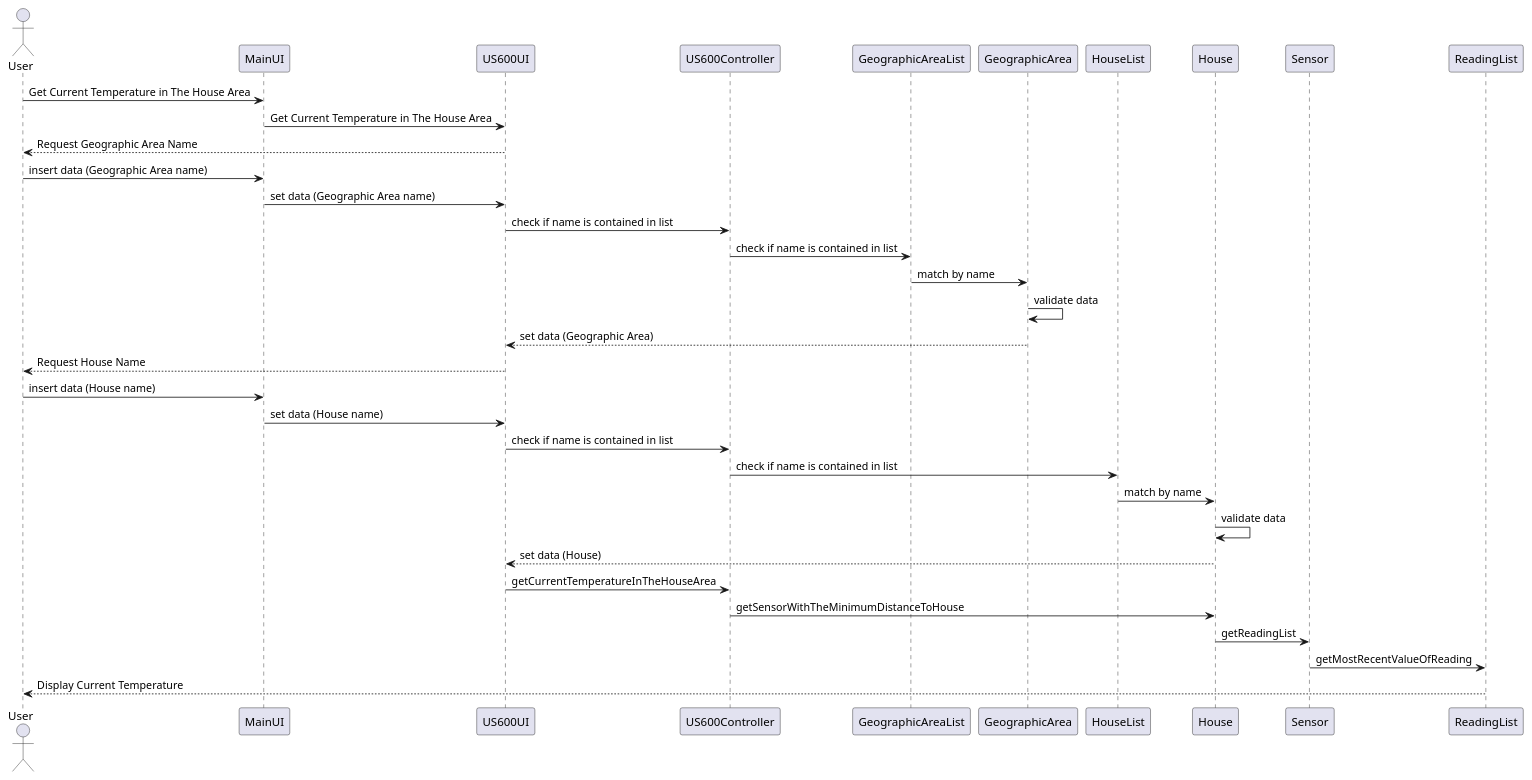
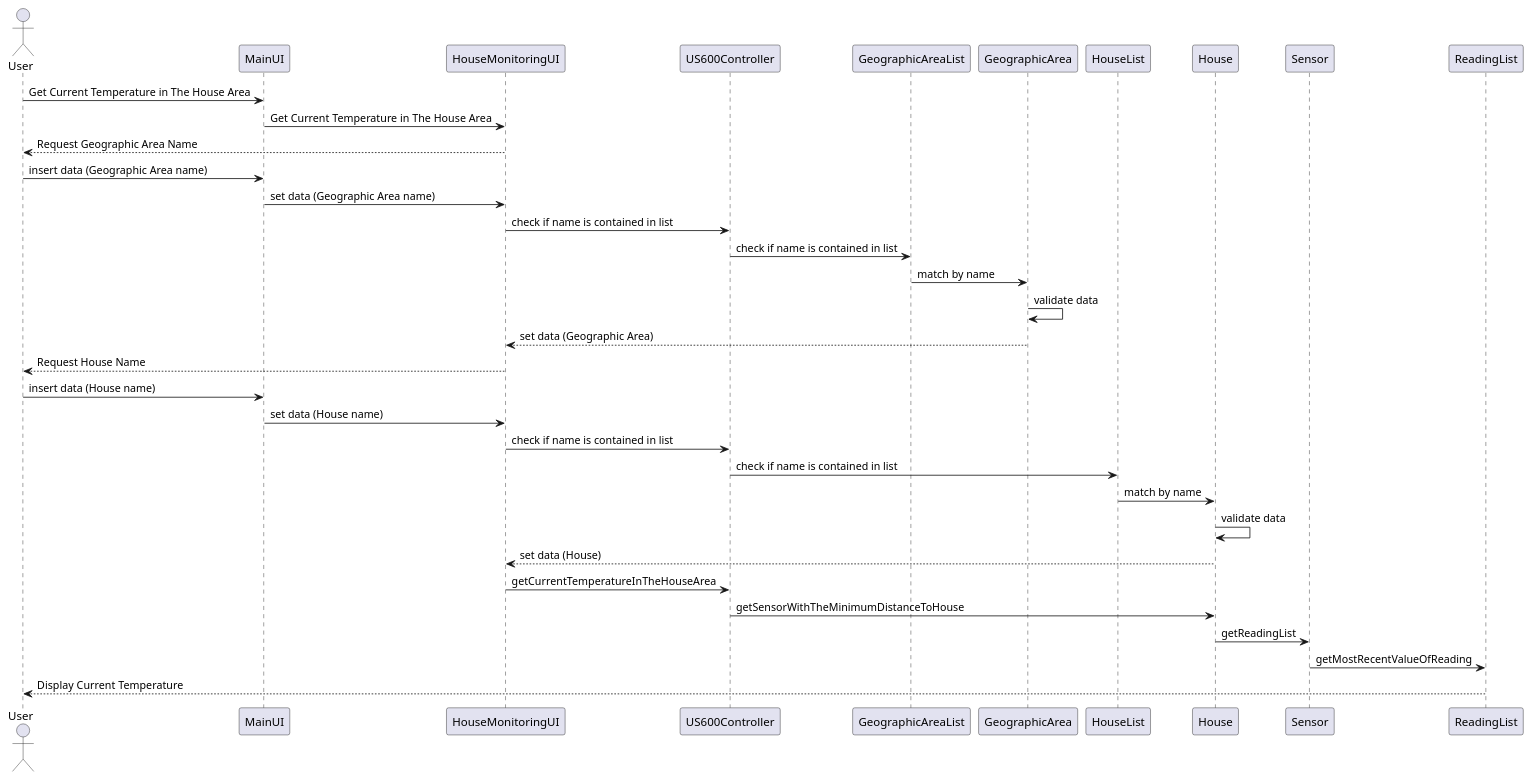
One commit to Almadanmp/project changed the diagram in src/main/java/pt/ipp/isep/dei/project/controller/US600.puml. Above: the diagram before and after it, drawn with PlantUML. The commit also changed 2 other files, not shown here.

Commit message:
#26 - UML sequence

```diff
--- a/src/main/java/pt/ipp/isep/dei/project/controller/US600.puml
+++ b/src/main/java/pt/ipp/isep/dei/project/controller/US600.puml
@@ -1,26 +1,26 @@
 @startuml
 actor User
 User -> MainUI: Get Current Temperature in The House Area
-MainUI -> US600UI: Get Current Temperature in The House Area
-US600UI --> User: Request Geographic Area Name
+MainUI -> HouseMonitoringUI: Get Current Temperature in The House Area
+HouseMonitoringUI --> User: Request Geographic Area Name
 User -> MainUI: insert data (Geographic Area name)
-MainUI -> US600UI: set data (Geographic Area name)
-US600UI -> US600Controller: check if name is contained in list
+MainUI -> HouseMonitoringUI: set data (Geographic Area name)
+HouseMonitoringUI -> US600Controller: check if name is contained in list
 US600Controller -> GeographicAreaList: check if name is contained in list
 GeographicAreaList -> GeographicArea: match by name
 GeographicArea -> GeographicArea: validate data
-GeographicArea --> US600UI: set data (Geographic Area)
-US600UI --> User: Request House Name
+GeographicArea --> HouseMonitoringUI: set data (Geographic Area)
+HouseMonitoringUI --> User: Request House Name
 User -> MainUI: insert data (House name)
-MainUI -> US600UI: set data (House name)
-US600UI -> US600Controller: check if name is contained in list
+MainUI -> HouseMonitoringUI: set data (House name)
+HouseMonitoringUI -> US600Controller: check if name is contained in list
 US600Controller -> HouseList: check if name is contained in list
 HouseList -> House: match by name
 House -> House: validate data
-House --> US600UI: set data (House)
-US600UI -> US600Controller: getCurrentTemperatureInTheHouseArea
+House --> HouseMonitoringUI: set data (House)
+HouseMonitoringUI -> US600Controller: getCurrentTemperatureInTheHouseArea
 US600Controller->House: getSensorWithTheMinimumDistanceToHouse
 House->Sensor: getReadingList
 Sensor->ReadingList:getMostRecentValueOfReading
 ReadingList-->User: Display Current Temperature
 @enduml
```
